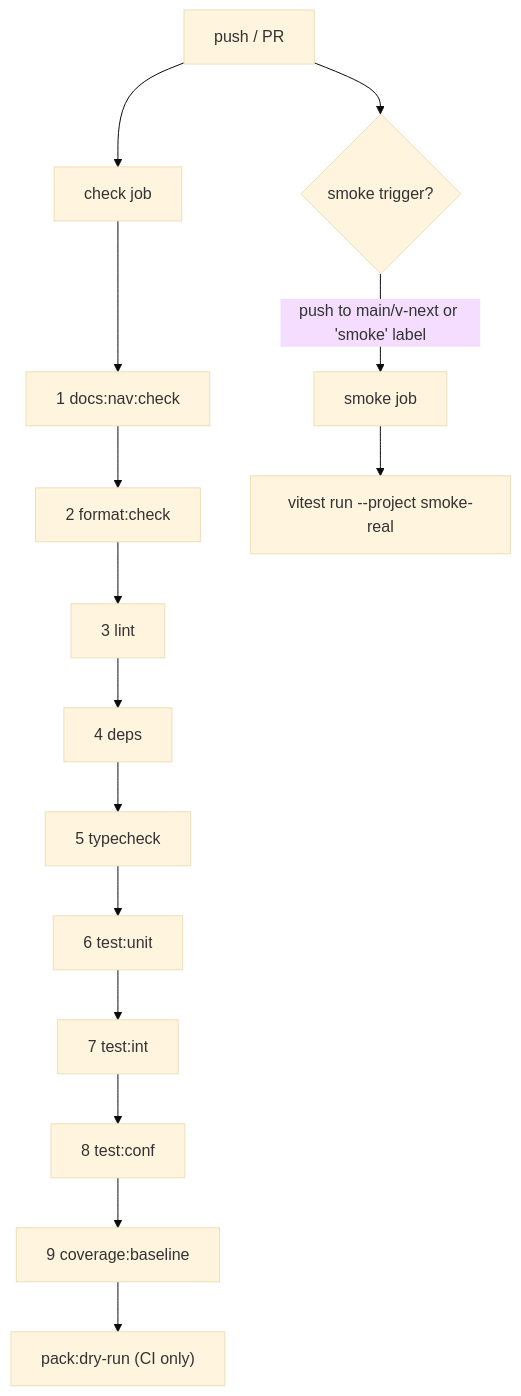
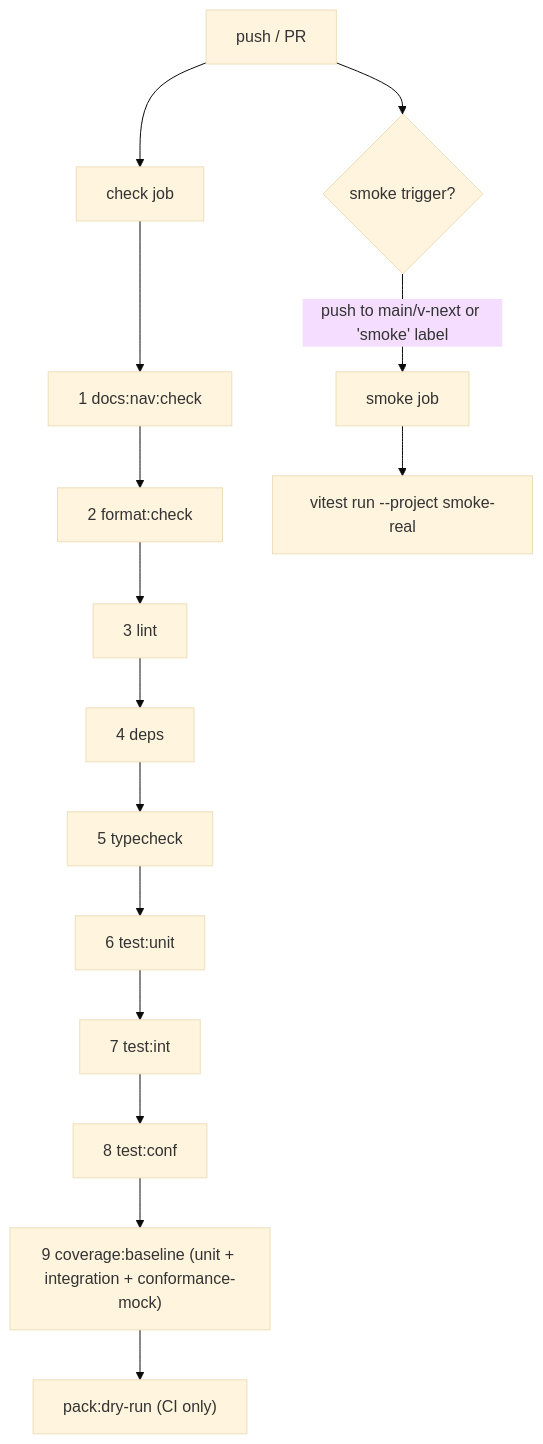
One commit to aryeko/agentic-workflow-kit changed the diagram in docs/engineering/check-gate.md. Above: the diagram before and after it, drawn with Mermaid (base theme). The commit also changed other lines of this file and 10 other files, not shown here.

````diff
--- a/docs/engineering/check-gate.md
+++ b/docs/engineering/check-gate.md
@@ -40,18 +45,18 @@
 ```mermaid
 flowchart TD
     A[push / PR] --> B[check job]
     B --> B0["1 docs:nav:check"]
     B0 --> B1["2 format:check"]
     B1 --> B2["3 lint"]
     B2 --> B3["4 deps"]
     B3 --> B4["5 typecheck"]
     B4 --> B5["6 test:unit"]
     B5 --> B6["7 test:int"]
     B6 --> B7["8 test:conf"]
-    B7 --> B8["9 coverage:baseline"]
+    B7 --> B8["9 coverage:baseline (unit + integration + conformance-mock)"]
     B8 --> B9["pack:dry-run (CI only)"]
 
     A --> C{smoke trigger?}
     C -->|push to main/v-next or 'smoke' label| D[smoke job]
     D --> D1["vitest run --project smoke-real"]
 ```
````
